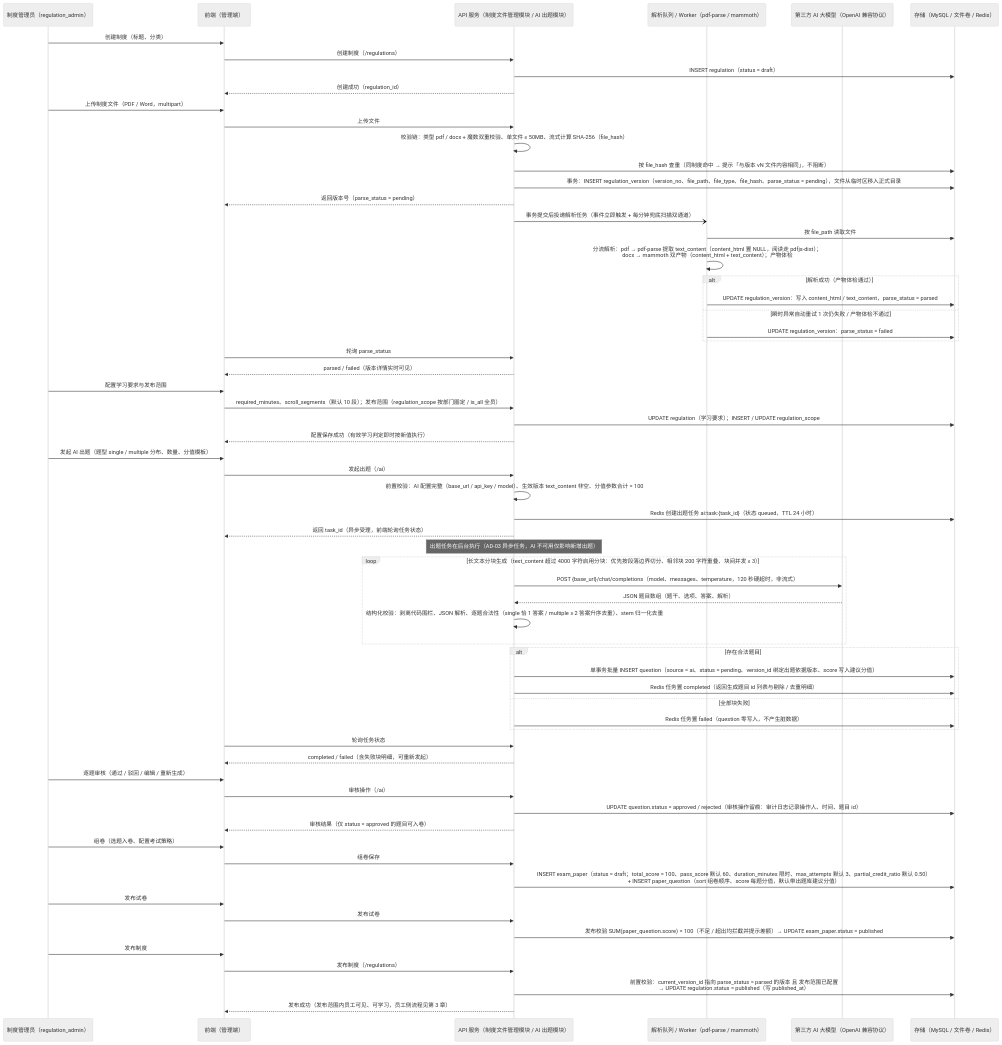
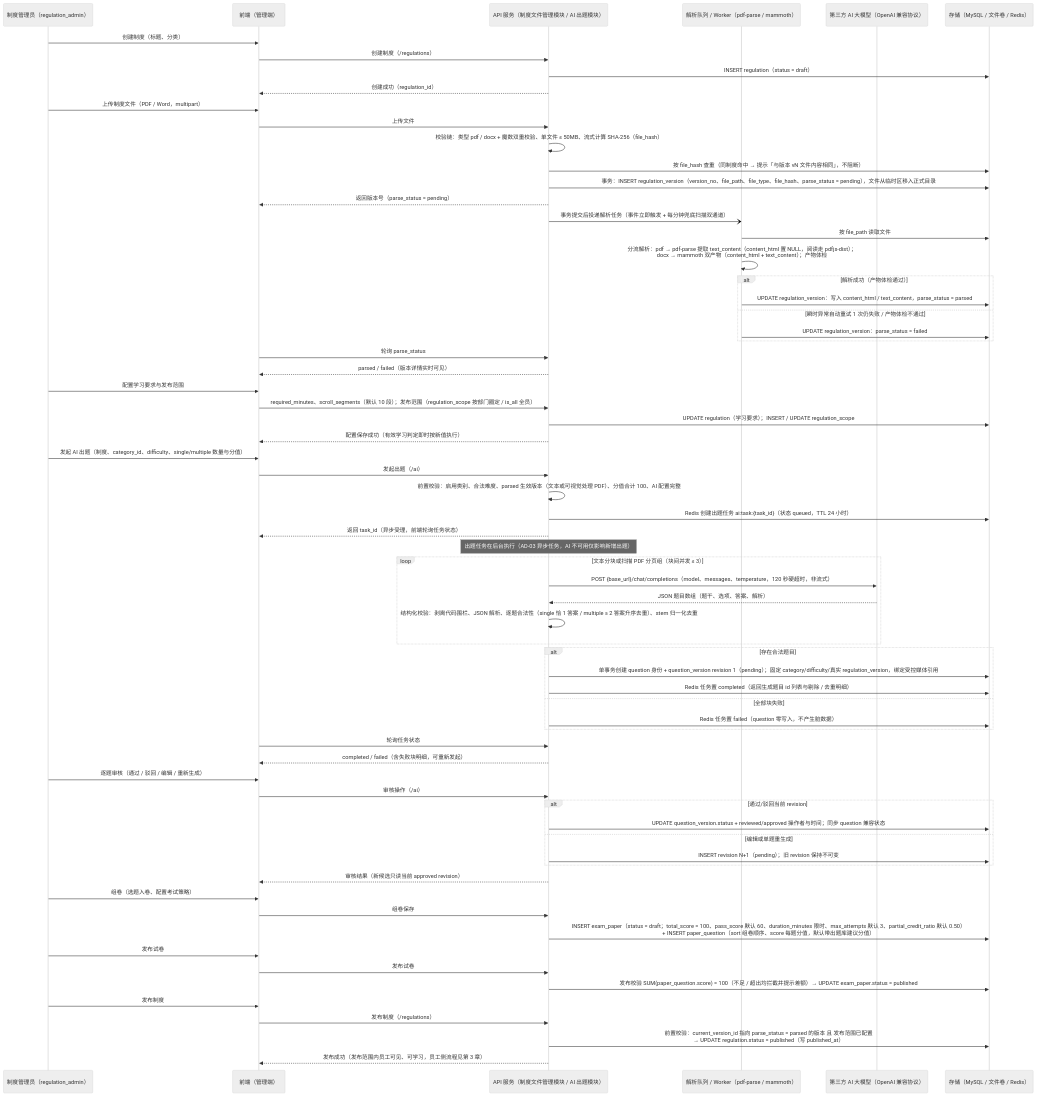
Before and after one commit to caoguanjie/emodor-exam: the third of 16 diagrams in docs/design/06-关键流程.md, drawn with Mermaid (neutral theme). The commit also changed other lines of this file and 28 other files, not shown here.

Commit message:
feat: version question bank and retain AI review workflow

````diff
--- a/docs/design/06-关键流程.md
+++ b/docs/design/06-关键流程.md
@@ -157,77 +157,81 @@
 ```mermaid
 sequenceDiagram
     participant RA as 制度管理员（regulation_admin）
     participant FE as 前端（管理端）
     participant API as API 服务（制度文件管理模块 / AI 出题模块）
     participant W as 解析队列 / Worker（pdf-parse / mammoth）
     participant AI as 第三方 AI 大模型（OpenAI 兼容协议）
     participant ST as 存储（MySQL / 文件卷 / Redis）
 
     RA ->> FE: 创建制度（标题、分类）
     FE ->> API: 创建制度（/regulations）
     API ->> ST: INSERT regulation（status = draft）
     API -->> FE: 创建成功（regulation_id）
 
     RA ->> FE: 上传制度文件（PDF / Word，multipart）
     FE ->> API: 上传文件
     API ->> API: 校验链：类型 pdf / docx + 魔数双重校验、单文件 ≤ 50MB、流式计算 SHA-256（file_hash）
     API ->> ST: 按 file_hash 查重（同制度命中 → 提示「与版本 vN 文件内容相同」，不阻断）
     API ->> ST: 事务：INSERT regulation_version（version_no、file_path、file_type、file_hash、parse_status = pending），文件从临时区移入正式目录
     API -->> FE: 返回版本号（parse_status = pending）
     API -) W: 事务提交后投递解析任务（事件立即触发 + 每分钟兜底扫描双通道）
 
     W ->> ST: 按 file_path 读取文件
     W ->> W: 分流解析：pdf → pdf-parse 提取 text_content（content_html 置 NULL，阅读走 pdfjs-dist）；<br/>docx → mammoth 双产物（content_html + text_content）；产物体检
     alt 解析成功（产物体检通过）
         W ->> ST: UPDATE regulation_version：写入 content_html / text_content，parse_status = parsed
     else 瞬时异常自动重试 1 次仍失败 / 产物体检不通过
         W ->> ST: UPDATE regulation_version：parse_status = failed
     end
     FE ->> API: 轮询 parse_status
     API -->> FE: parsed / failed（版本详情实时可见）
 
     RA ->> FE: 配置学习要求与发布范围
     FE ->> API: required_minutes、scroll_segments（默认 10 段）；发布范围（regulation_scope 按部门圈定 / is_all 全员）
     API ->> ST: UPDATE regulation（学习要求）；INSERT / UPDATE regulation_scope
     API -->> FE: 配置保存成功（有效学习判定即时按新值执行）
 
-    RA ->> FE: 发起 AI 出题（题型 single / multiple 分布、数量、分值模板）
+    RA ->> FE: 发起 AI 出题（制度、category_id、difficulty、single/multiple 数量与分值）
     FE ->> API: 发起出题（/ai）
-    API ->> API: 前置校验：AI 配置完整（base_url / api_key / model）、生效版本 text_content 非空、分值参数合计 = 100
+    API ->> API: 前置校验：启用类别、合法难度、parsed 生效版本（文本或可视觉处理 PDF）、分值合计 100、AI 配置完整
     API ->> ST: Redis 创建出题任务 ai:task:{task_id}（状态 queued，TTL 24 小时）
     API -->> FE: 返回 task_id（异步受理，前端轮询任务状态）
 
     Note over API: 出题任务在后台执行（AD-03 异步任务，AI 不可用仅影响新增出题）
 
-    loop 长文本分块生成（text_content 超过 4000 字符启用分块：优先按段落边界切分、相邻块 200 字符重叠、块间并发 ≤ 3）
+    loop 文本分块或扫描 PDF 分页组（块间并发 ≤ 3）
         API ->> AI: POST {base_url}/chat/completions（model、messages、temperature，120 秒硬超时，非流式）
         AI -->> API: JSON 题目数组（题干、选项、答案、解析）
         API ->> API: 结构化校验：剥离代码围栏、JSON 解析、逐题合法性（single 恰 1 答案 / multiple ≥ 2 答案升序去重）、stem 归一化去重
     end
     alt 存在合法题目
-        API ->> ST: 单事务批量 INSERT question（source = ai、status = pending、version_id 绑定出题依据版本、score 写入建议分值）
+        API ->> ST: 单事务创建 question 身份 + question_version revision 1（pending）；固定 category/difficulty/真实 regulation_version，绑定受控媒体引用
         API ->> ST: Redis 任务置 completed（返回生成题目 id 列表与剔除 / 去重明细）
     else 全部块失败
         API ->> ST: Redis 任务置 failed（question 零写入，不产生脏数据）
     end
     FE ->> API: 轮询任务状态
     API -->> FE: completed / failed（含失败块明细，可重新发起）
 
     RA ->> FE: 逐题审核（通过 / 驳回 / 编辑 / 重新生成）
     FE ->> API: 审核操作（/ai）
-    API ->> ST: UPDATE question.status = approved / rejected（审核操作留痕：审计日志记录操作人、时间、题目 id）
-    API -->> FE: 审核结果（仅 status = approved 的题目可入卷）
+    alt 通过/驳回当前 revision
+        API ->> ST: UPDATE question_version.status + reviewed/approved 操作者与时间；同步 question 兼容状态
+    else 编辑或单题重生成
+        API ->> ST: INSERT revision N+1（pending）；旧 revision 保持不可变
+    end
+    API -->> FE: 审核结果（新候选只读当前 approved revision）
 
     RA ->> FE: 组卷（选题入卷、配置考试策略）
     FE ->> API: 组卷保存
     API ->> ST: INSERT exam_paper（status = draft；total_score = 100、pass_score 默认 60、duration_minutes 限时、max_attempts 默认 3、partial_credit_ratio 默认 0.50）<br/>+ INSERT paper_question（sort 组卷顺序、score 每题分值，默认带出题库建议分值）
 
     RA ->> FE: 发布试卷
     FE ->> API: 发布试卷
     API ->> ST: 发布校验 SUM(paper_question.score) = 100（不足 / 超出均拦截并提示差额）→ UPDATE exam_paper.status = published
 
     RA ->> FE: 发布制度
     FE ->> API: 发布制度（/regulations）
     API ->> ST: 前置校验：current_version_id 指向 parse_status = parsed 的版本 且 发布范围已配置<br/>→ UPDATE regulation.status = published（写 published_at）
     API -->> FE: 发布成功（发布范围内员工可见、可学习，员工侧流程见第 3 章）
 ```
````
